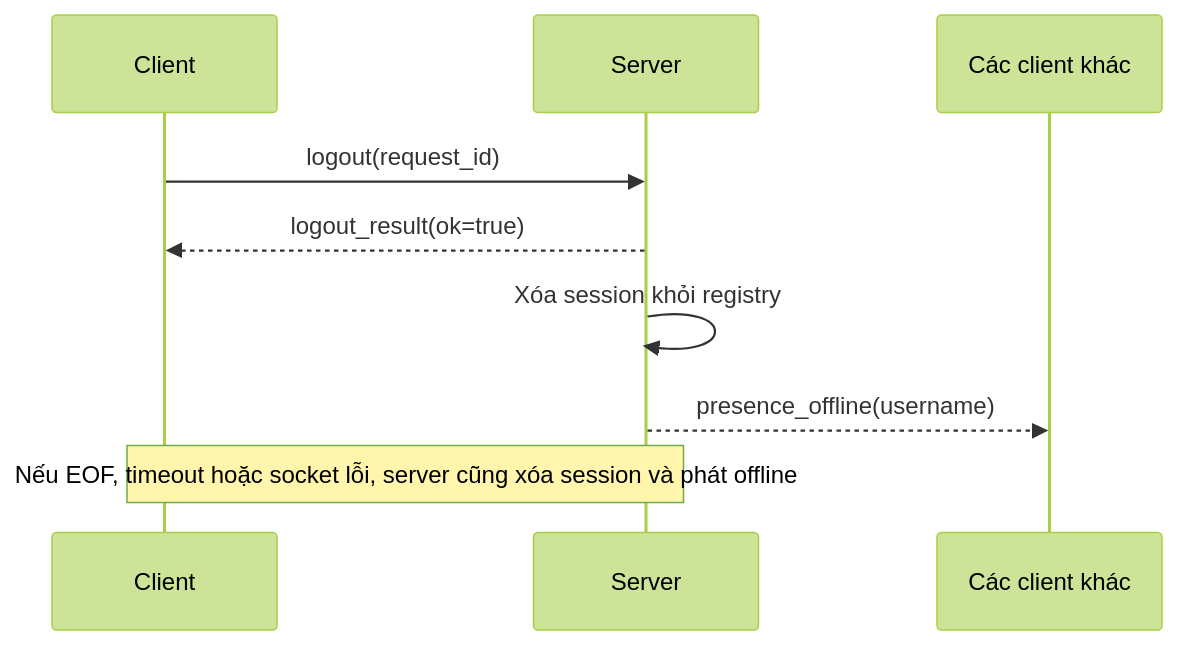
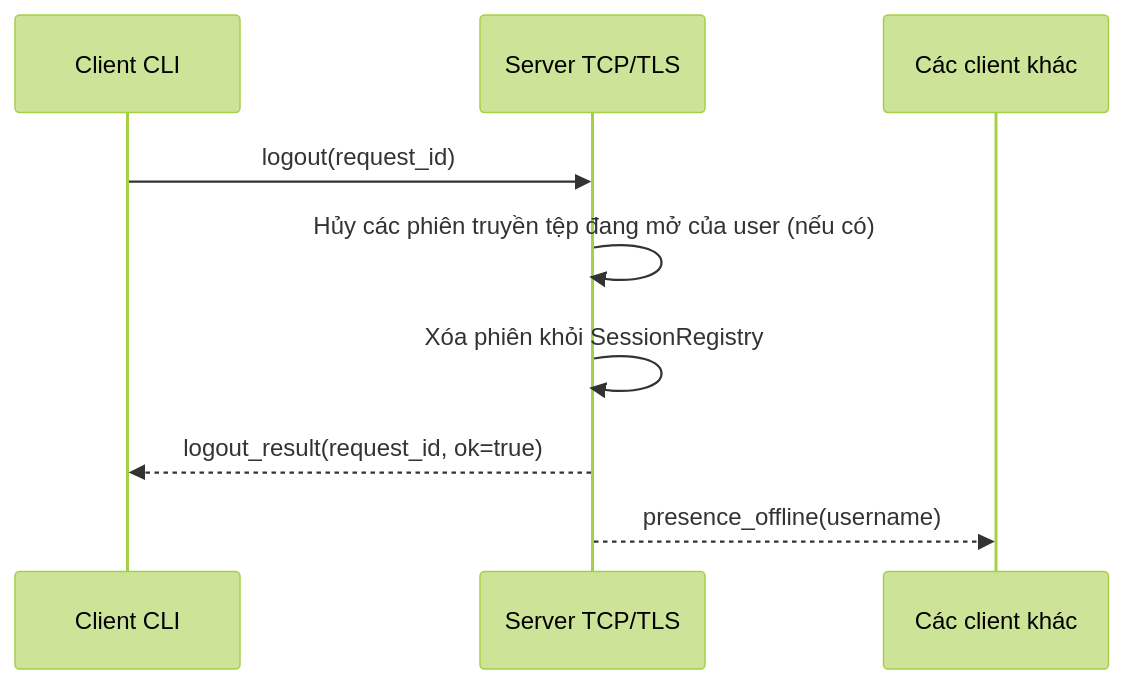
Before and after one commit to TrungTran1209/distributed-client-server-app: the sixth of 6 diagrams in docs/sequence-diagrams.md, drawn with Mermaid (forest theme). The commit also changed other lines of this file and 9 other files, not shown here.

Commit message:
docs: complete Member 3 protocol, security, diagrams, and technical report PDF

````diff
--- a/docs/sequence-diagrams.md
+++ b/docs/sequence-diagrams.md
@@ -75,10 +160,11 @@
 ```mermaid
 sequenceDiagram
-    participant C as Client
-    participant S as Server
+    participant C as Client CLI
+    participant S as Server TCP/TLS
+
     C->>S: logout(request_id)
-    S-->>C: logout_result(ok=true)
-    S->>S: Xóa session khỏi registry
+    S->>S: Hủy các phiên truyền tệp đang mở của user (nếu có)
+    S->>S: Xóa phiên khỏi SessionRegistry
+    S-->>C: logout_result(request_id, ok=true)
     S-->>Các client khác: presence_offline(username)
-    Note over C,S: Nếu EOF, timeout hoặc socket lỗi, server cũng xóa session và phát offline
 ```
````
